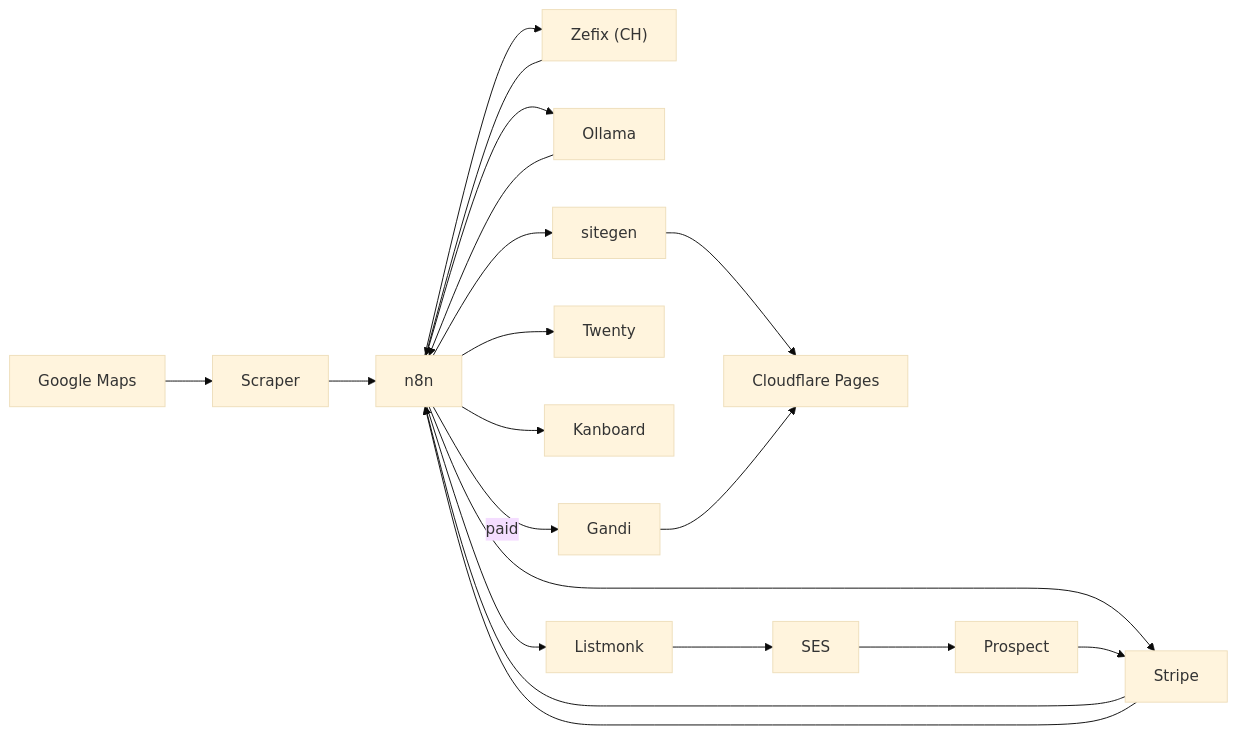
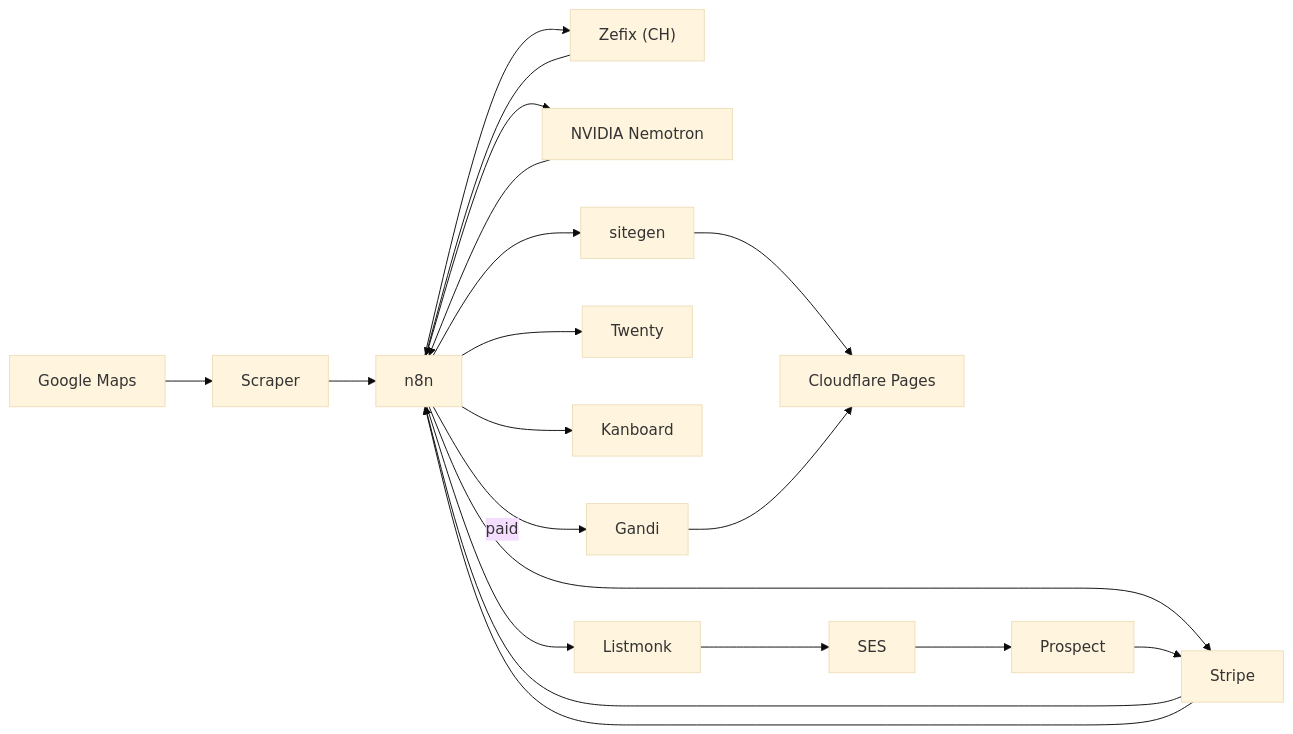
The diagram in README.md (cluster2600/oueb), drawn with Mermaid (base theme) before and after one commit. The commit also changed other lines of this file and 7 other files, not shown here.

First line of the commit message:
LLM: replace self-hosted Ollama with NVIDIA Nemotron endpoint (key via OCI Vault)

````diff
--- a/README.md
+++ b/README.md
@@ -17,11 +17,11 @@
 ```mermaid
 flowchart LR
   GM["Google Maps"] --> SCR["Scraper"] --> N8N["n8n"]
-  N8N --> ZX["Zefix (CH)"] --> N8N --> OLL["Ollama"] --> N8N
+  N8N --> ZX["Zefix (CH)"] --> N8N --> OLL["NVIDIA Nemotron"] --> N8N
   N8N --> STR["Stripe"] --> N8N
   N8N --> SG["sitegen"] --> CFP["Cloudflare Pages"]
   N8N --> TW["Twenty"]
   N8N --> KB["Kanboard"]
   N8N --> LM["Listmonk"] --> SES["SES"] --> P["Prospect"]
   P --> STR --> N8N -->|"paid"| GD["Gandi"] --> CFP
 ```
````
